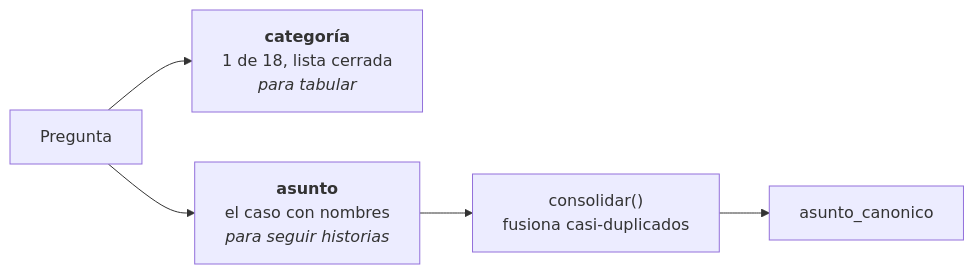
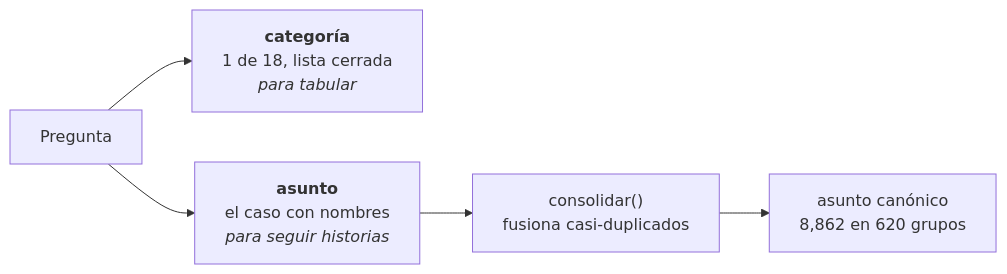
Before and after one commit to jmtoral/preguntas-mananera: the fourth of 5 diagrams in README.md, drawn with Mermaid. The commit also changed other lines of this file and 5 other files, not shown here.

````diff
--- a/README.md
+++ b/README.md
@@ -121,7 +123,7 @@
 ```mermaid
 flowchart LR
     Q["Pregunta"] --> N1["<b>categoría</b><br/>1 de 18, lista cerrada<br/><i>para tabular</i>"]
     Q --> N2["<b>asunto</b><br/>el caso con nombres<br/><i>para seguir historias</i>"]
     N2 --> C["consolidar()<br/>fusiona casi-duplicados"]
-    C --> N3["asunto_canonico"]
+    C --> N3["asunto canónico<br/>8,862 en 620 grupos"]
 ```
````
